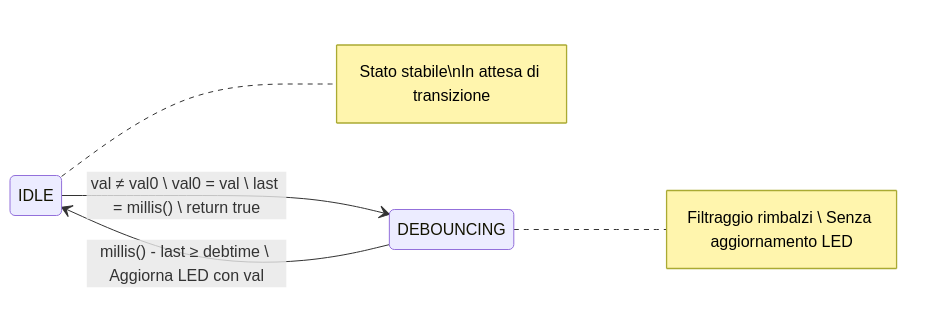
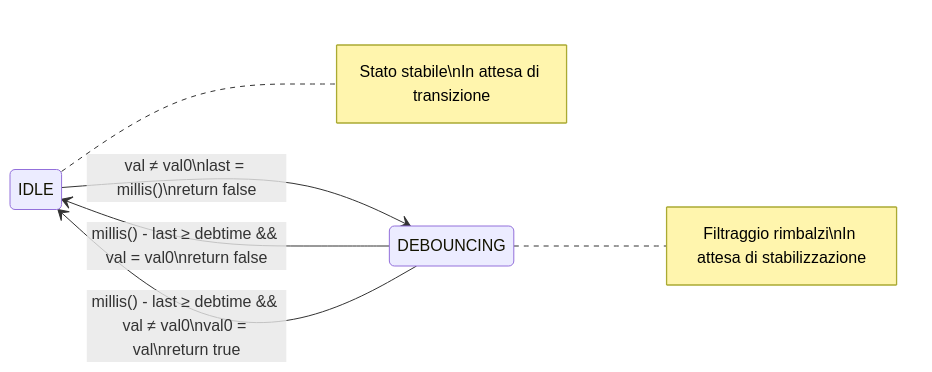
The diagram in debouncerFSM2.md (sebastianomelita/ArduinoBareMetal), drawn with Mermaid before and after one commit. The commit also changed other lines of this file, not shown here.

````diff
--- a/debouncerFSM2.md
+++ b/debouncerFSM2.md
@@ -136,12 +138,12 @@
 ```mermaid
 %%{init: {'theme': 'default', 'themeVariables': { 'primaryColor': '#ffffff', 'primaryTextColor': '#000000', 'primaryBorderColor': '#000000', 'lineColor': '#000000', 'secondaryColor': '#f4f4f4', 'tertiaryColor': '#ffffff' }}}%%
 stateDiagram-v2
     direction LR
     
-    IDLE --> DEBOUNCING: val ≠ val0 \ val0 = val \ last = millis() \ return true
-    DEBOUNCING --> IDLE: millis() - last ≥ debtime \ Aggiorna LED con val
+    IDLE --> DEBOUNCING: val ≠ val0\nlast = millis()\nreturn false
+    DEBOUNCING --> IDLE: millis() - last ≥ debtime && val = val0\nreturn false
+    DEBOUNCING --> IDLE: millis() - last ≥ debtime && val ≠ val0\nval0 = val\nreturn true
     
     note right of IDLE: Stato stabile\nIn attesa di transizione
-    note right of DEBOUNCING: Filtraggio rimbalzi \ Senza aggiornamento LED
-
+    note right of DEBOUNCING: Filtraggio rimbalzi\nIn attesa di stabilizzazione
 ```
````
